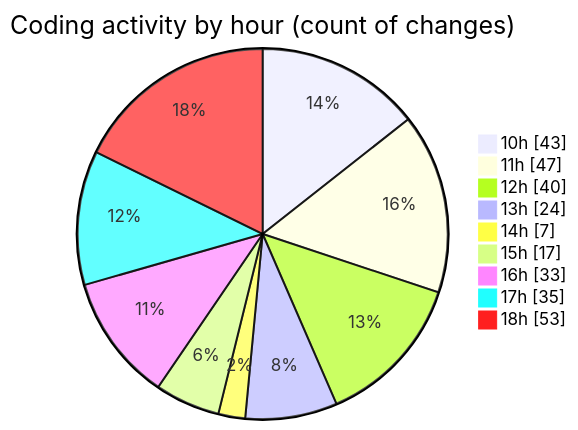
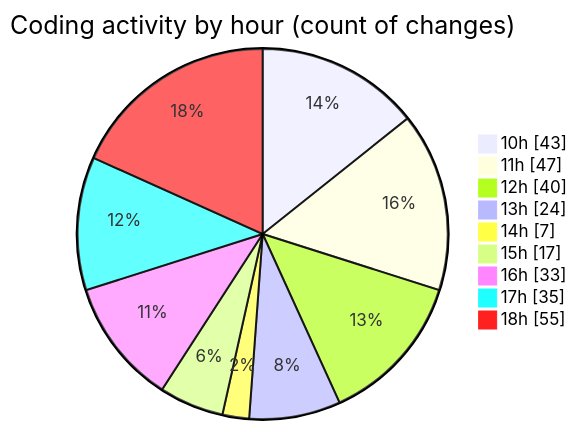
One commit to momahboobian/code-tracking changed the second of 2 diagrams in 2025-02-10/cda/README.md. Above: the diagram before and after it, drawn with Mermaid. The commit also changed other lines of this file and 1 other file, not shown here.

````diff
--- a/2025-02-10/cda/README.md
+++ b/2025-02-10/cda/README.md
@@ -35,13 +35,13 @@
 ```mermaid
 pie showData
 title Coding activity by hour (count of changes)
 "10h" : 43
 "11h" : 47
 "12h" : 40
 "13h" : 24
 "14h" : 7
 "15h" : 17
 "16h" : 33
 "17h" : 35
-"18h" : 53
+"18h" : 55
 ```
````
